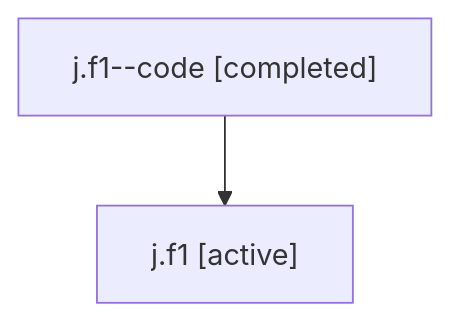
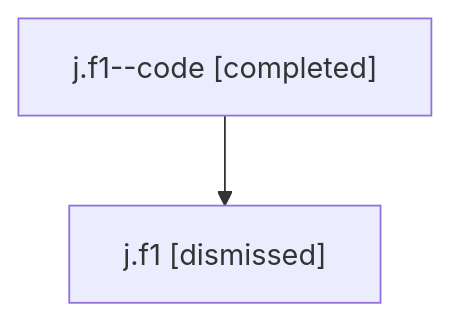
The diagram in sessions/bbugyi200.athena.j.f1.md (sase-org/sase--agents), drawn with Mermaid before and after one commit. The commit also changed other lines of this file and 11 other files, not shown here.

````diff
--- a/sessions/bbugyi200.athena.j.f1.md
+++ b/sessions/bbugyi200.athena.j.f1.md
@@ -9,6 +9,6 @@
 ```mermaid
 flowchart TD
   n0["j.f1--code [completed]"]
-  n1["j.f1 [active]"]
+  n1["j.f1 [dismissed]"]
   n0 --> n1
 ```
````
